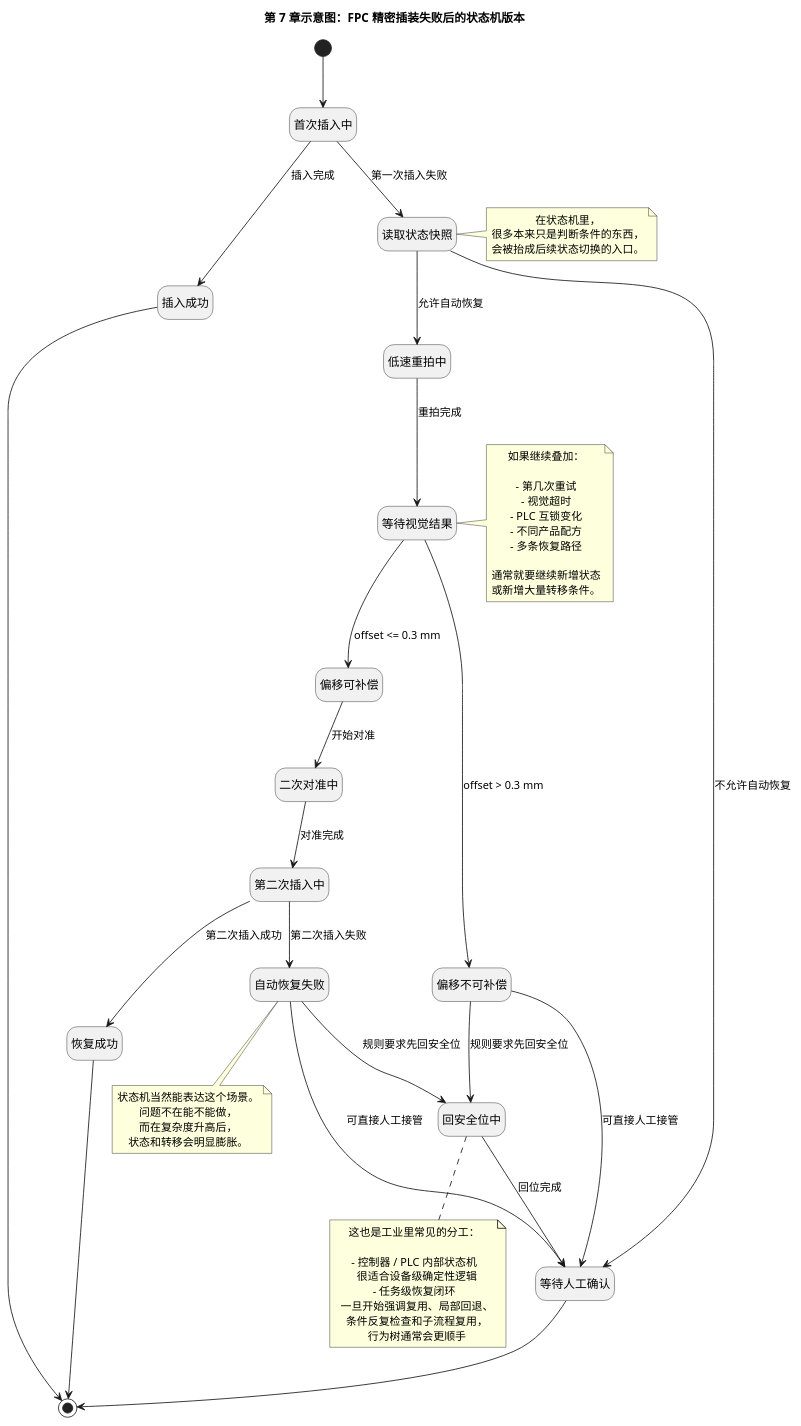
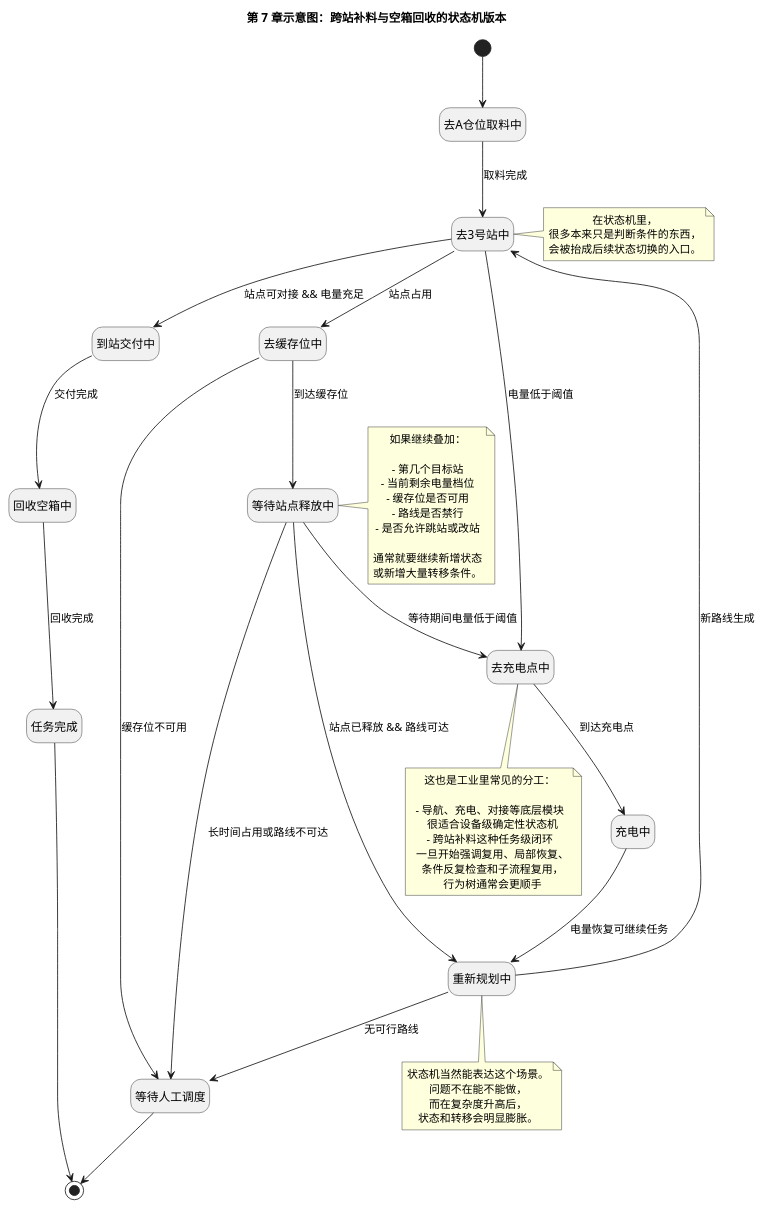
One commit to coolbeevip/coolbeevip.github.io changed the diagram in content/posts/embodied-ai/abb-isaac-agent-flexible-manufacturing-ai-first/diagrams/abb-isaac-agent-flexible-manufacturing-ai-first-07-why-behavior-tree-fsm-example.puml. Above: the diagram before and after it, drawn with PlantUML. The commit also changed 5 other files, not shown here.

```diff
--- a/content/posts/embodied-ai/abb-isaac-agent-flexible-manufacturing-ai-first/diagrams/abb-isaac-agent-flexible-manufacturing-ai-first-07-why-behavior-tree-fsm-example.puml
+++ b/content/posts/embodied-ai/abb-isaac-agent-flexible-manufacturing-ai-first/diagrams/abb-isaac-agent-flexible-manufacturing-ai-first-07-why-behavior-tree-fsm-example.puml
@@ -1,76 +1,73 @@
 @startuml
-title 第 7 章示意图：FPC 精密插装失败后的状态机版本
+title 第 7 章示意图：跨站补料与空箱回收的状态机版本
 
 skinparam shadowing false
 skinparam defaultTextAlignment center
 skinparam wrapWidth 220
 hide empty description
 
-[*] --> 首次插入中
+[*] --> 去A仓位取料中
 
-首次插入中 --> 插入成功 : 插入完成
-首次插入中 --> 读取状态快照 : 第一次插入失败
+去A仓位取料中 --> 去3号站中 : 取料完成
 
-读取状态快照 --> 等待人工确认 : 不允许自动恢复
-读取状态快照 --> 低速重拍中 : 允许自动恢复
+去3号站中 --> 到站交付中 : 站点可对接 && 电量充足
+去3号站中 --> 去缓存位中 : 站点占用
+去3号站中 --> 去充电点中 : 电量低于阈值
 
-低速重拍中 --> 等待视觉结果 : 重拍完成
-等待视觉结果 --> 偏移可补偿 : offset <= 0.3 mm
-等待视觉结果 --> 偏移不可补偿 : offset > 0.3 mm
+去缓存位中 --> 等待站点释放中 : 到达缓存位
+去缓存位中 --> 等待人工调度 : 缓存位不可用
 
-偏移可补偿 --> 二次对准中 : 开始对准
-二次对准中 --> 第二次插入中 : 对准完成
+等待站点释放中 --> 重新规划中 : 站点已释放 && 路线可达
+等待站点释放中 --> 去充电点中 : 等待期间电量低于阈值
+等待站点释放中 --> 等待人工调度 : 长时间占用或路线不可达
 
-第二次插入中 --> 恢复成功 : 第二次插入成功
-第二次插入中 --> 自动恢复失败 : 第二次插入失败
+去充电点中 --> 充电中 : 到达充电点
+充电中 --> 重新规划中 : 电量恢复可继续任务
 
-偏移不可补偿 --> 回安全位中 : 规则要求先回安全位
-偏移不可补偿 --> 等待人工确认 : 可直接人工接管
+重新规划中 --> 去3号站中 : 新路线生成
+重新规划中 --> 等待人工调度 : 无可行路线
 
-自动恢复失败 --> 回安全位中 : 规则要求先回安全位
-自动恢复失败 --> 等待人工确认 : 可直接人工接管
+到站交付中 --> 回收空箱中 : 交付完成
+回收空箱中 --> 任务完成 : 回收完成
 
-回安全位中 --> 等待人工确认 : 回位完成
+任务完成 --> [*]
+等待人工调度 --> [*]
 
-插入成功 --> [*]
-恢复成功 --> [*]
-等待人工确认 --> [*]
-
-note right of 读取状态快照
+note right of 去3号站中
 在状态机里，
 很多本来只是判断条件的东西，
 会被抬成后续状态切换的入口。
 end note
 
-note right of 等待视觉结果
+note right of 等待站点释放中
 如果继续叠加：
 
-- 第几次重试
-- 视觉超时
-- PLC 互锁变化
-- 不同产品配方
-- 多条恢复路径
+- 第几个目标站
+- 当前剩余电量档位
+- 缓存位是否可用
+- 路线是否禁行
+- 是否允许跳站或改站
 
 通常就要继续新增状态
 或新增大量转移条件。
 end note
 
-note bottom of 自动恢复失败
+note bottom of 重新规划中
 状态机当然能表达这个场景。
 问题不在能不能做，
 而在复杂度升高后，
 状态和转移会明显膨胀。
 end note
 
-note bottom of 回安全位中
+note bottom of 去充电点中
 这也是工业里常见的分工：
 
-- 控制器 / PLC 内部状态机
-  很适合设备级确定性逻辑
-- 任务级恢复闭环
-  一旦开始强调复用、局部回退、
+- 导航、充电、对接等底层模块
+  很适合设备级确定性状态机
+- 跨站补料这种任务级闭环
+  一旦开始强调复用、局部恢复、
   条件反复检查和子流程复用，
   行为树通常会更顺手
 end note
 
 @enduml
```
